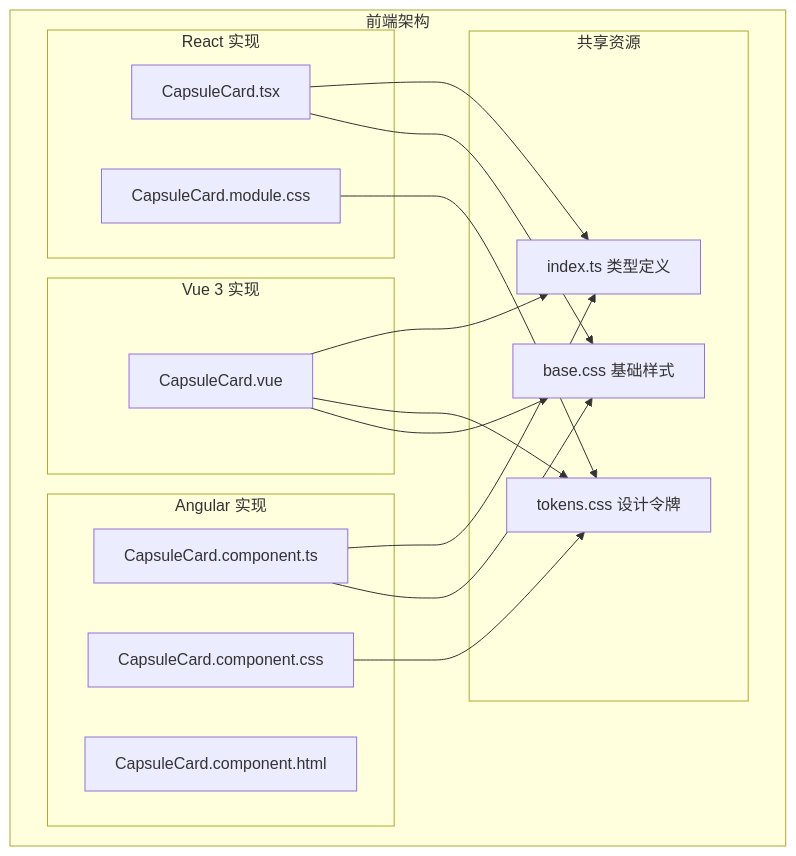
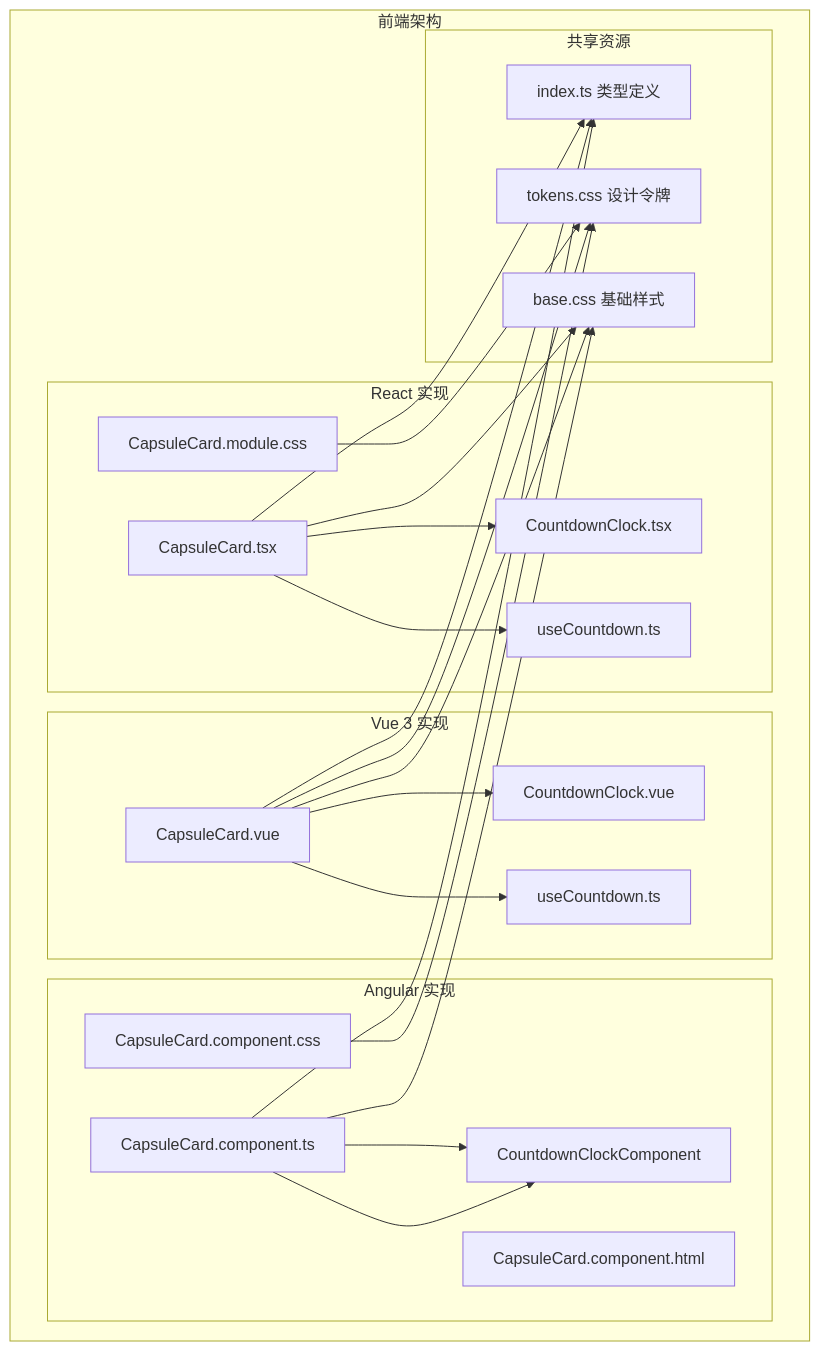
One commit to alexy2008/TimeCapsule changed the first of 15 diagrams in .qoder/repowiki/zh/content/前端实现详解/Vue 3 实现/组件系统设计/CapsuleCard 胶囊卡片组件.md. Above: the diagram before and after it, drawn with Mermaid. The commit also changed other lines of this file and 22 other files, not shown here.

````diff
--- a/.qoder/repowiki/zh/content/前端实现详解/Vue 3 实现/组件系统设计/CapsuleCard 胶囊卡片组件.md
+++ b/.qoder/repowiki/zh/content/前端实现详解/Vue 3 实现/组件系统设计/CapsuleCard 胶囊卡片组件.md
@@ -45,31 +57,42 @@
 ```mermaid
 graph TB
 subgraph "前端架构"
 subgraph "React 实现"
 ReactTSX[CapsuleCard.tsx]
 ReactCSS[CapsuleCard.module.css]
+CountdownClockTSX[CountdownClock.tsx]
+CountdownHook[useCountdown.ts]
 end
 subgraph "Vue 3 实现"
 VueTSX[CapsuleCard.vue]
+VueCountdown[CountdownClock.vue]
+VueComposable[useCountdown.ts]
 end
 subgraph "Angular 实现"
 AngularTS[CapsuleCard.component.ts]
 AngularHTML[CapsuleCard.component.html]
 AngularCSS[CapsuleCard.component.css]
+AngularCountdown[CountdownClockComponent]
 end
 subgraph "共享资源"
 Types[index.ts 类型定义]
 Tokens[tokens.css 设计令牌]
 Base[base.css 基础样式]
 end
 end
 ReactTSX --> Types
 VueTSX --> Types
 AngularTS --> Types
+ReactTSX --> CountdownClockTSX
+VueTSX --> VueCountdown
+AngularTS --> AngularCountdown
+ReactTSX --> CountdownHook
+VueTSX --> VueComposable
+AngularTS --> AngularCountdown
 ReactCSS --> Tokens
 VueTSX --> Tokens
 AngularCSS --> Tokens
 ReactTSX --> Base
 VueTSX --> Base
 AngularTS --> Base
 ```
````
